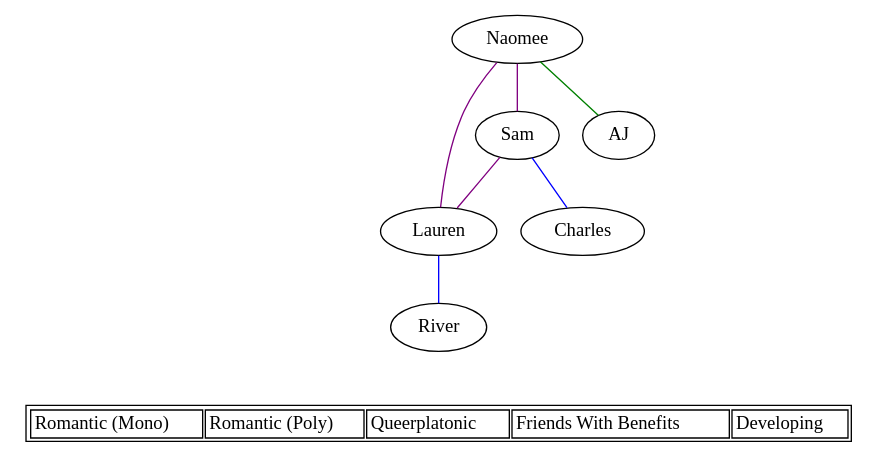
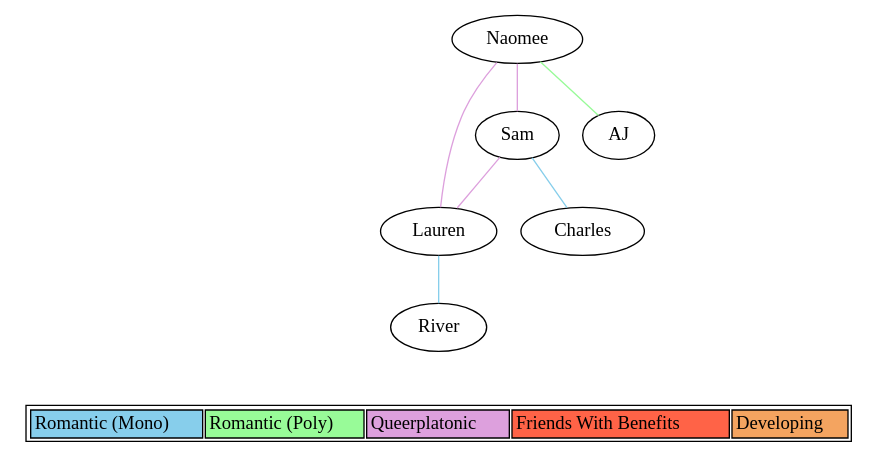
Before and after one commit to naeomees/CuddleCouncil: the diagram in share/polycule.dot, drawn with Graphviz. The commit also changed 1 other file, not shown here.

Commit message:
Updated share/polycule.dot to add bgcolor tags to table, for plain SVG fallback.

```diff
--- a/share/polycule.dot
+++ b/share/polycule.dot
@@ -1,27 +1,27 @@
 graph polycule {
   naomee [label="Naomee"]
   sam [label="Sam"]
   lauren [label="Lauren"]
   charles [label="Charles"]
   river [label="River"]
   aj [label="AJ"]
-  naomee -- sam [color=purple]
-  naomee -- lauren [color=purple]
-  sam -- lauren [color=purple]
-  sam -- charles [color=blue]
-  lauren -- river [color=blue]
-  naomee -- aj [color=green]
+  naomee -- sam [color=plum]
+  naomee -- lauren [color=plum]
+  sam -- lauren [color=plum]
+  sam -- charles [color=skyblue]
+  lauren -- river [color=skyblue]
+  naomee -- aj [color=palegreen]
   { rank = sink;
     Legend [shape=none, label=<
       <table>
         <tr>
-          <td class="relRomoMono">Romantic (Mono)</td>
-          <td class="relRomoPoly">Romantic (Poly)</td>
-          <td class="relQPR">Queerplatonic</td>
-          <td class="relFWB">Friends With Benefits</td>
-          <td class="relDev">Developing</td>
+          <td class="relRomoMono" bgcolor="skyblue">Romantic (Mono)</td>
+          <td class="relRomoPoly" bgcolor="palegreen">Romantic (Poly)</td>
+          <td class="relQPR" bgcolor="plum">Queerplatonic</td>
+          <td class="relFWB" bgcolor="tomato">Friends With Benefits</td>
+          <td class="relDev" bgcolor="sandybrown">Developing</td>
         </tr>
       </table>
     >];
   }
 }
```
